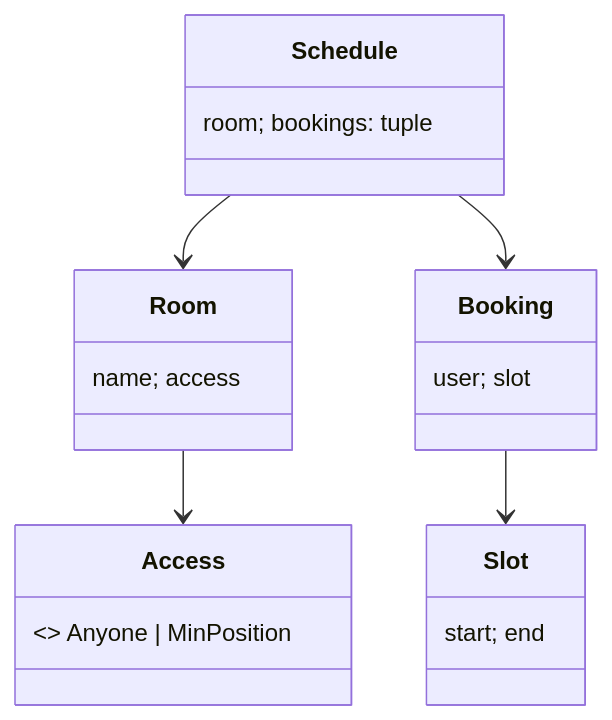
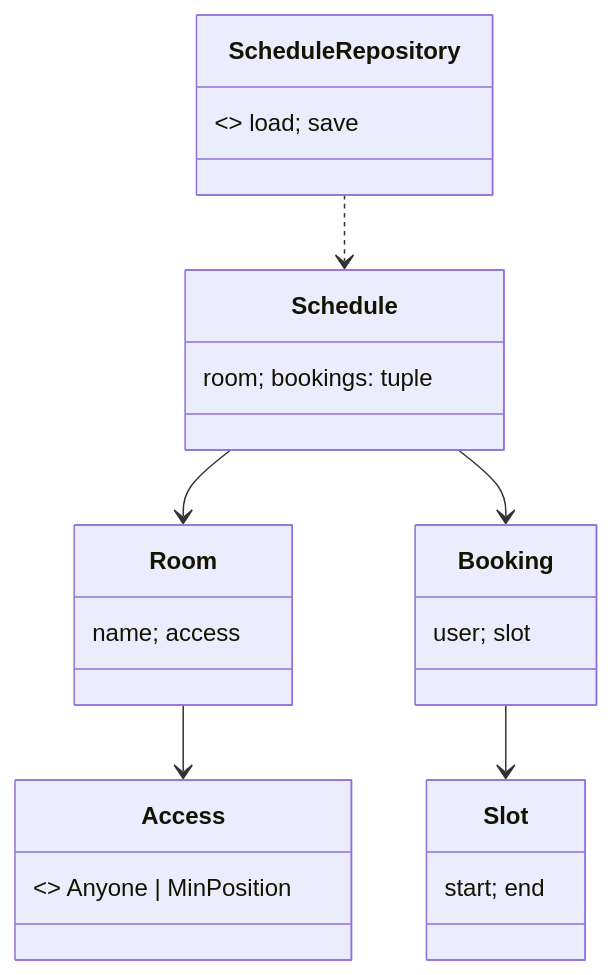
One commit to satoru-o/oop-learning-sandbox changed the diagram in 07_meeting_room_functional/DESIGN.md. Above: the diagram before and after it, drawn with Mermaid. The commit also changed other lines of this file and 3 other files, not shown here.

````diff
--- a/07_meeting_room_functional/DESIGN.md
+++ b/07_meeting_room_functional/DESIGN.md
@@ -10,12 +10,14 @@
 ```mermaid
 classDiagram
     class Slot { start; end }
     class Room { name; access }
     class Access { <<union>> Anyone | MinPosition }
     class Booking { user; slot }
     class Schedule { room; bookings: tuple }
     Room --> Access
     Schedule --> Room
     Schedule --> Booking
     Booking --> Slot
+    class ScheduleRepository { <<protocol>> load; save }
+    ScheduleRepository ..> Schedule
 ```
````
